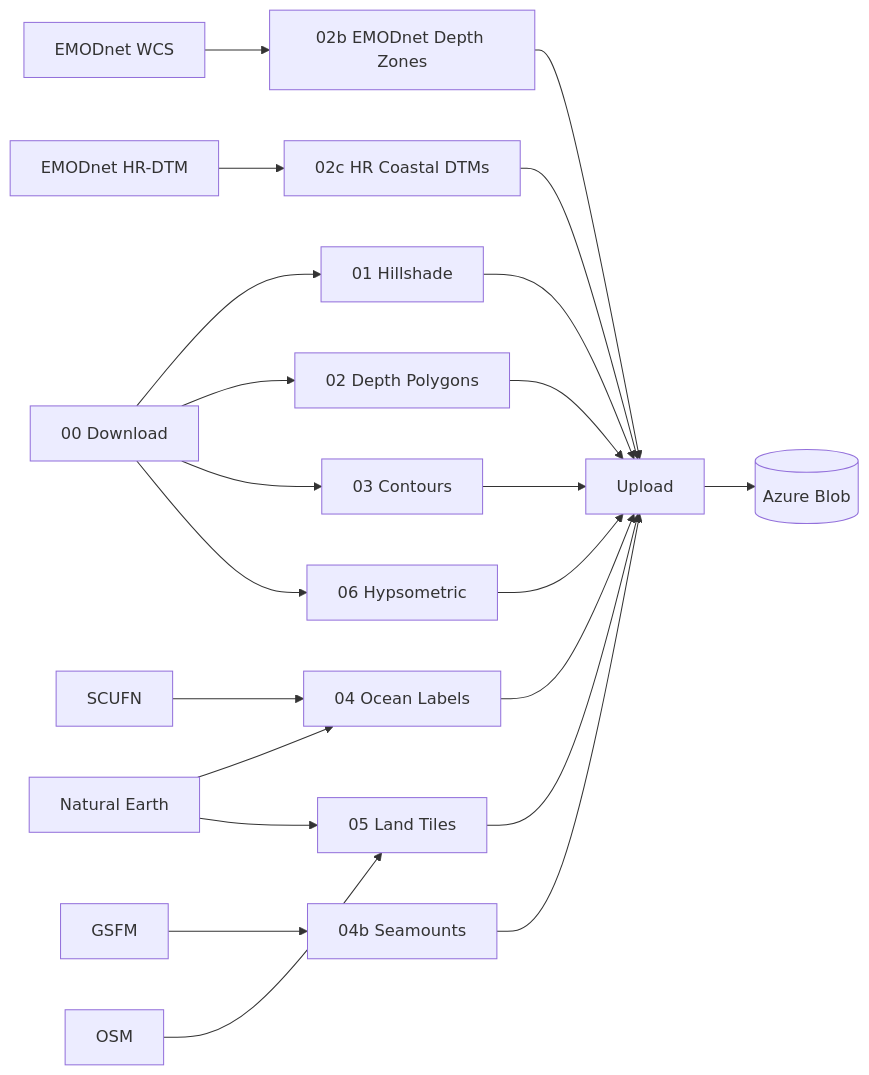
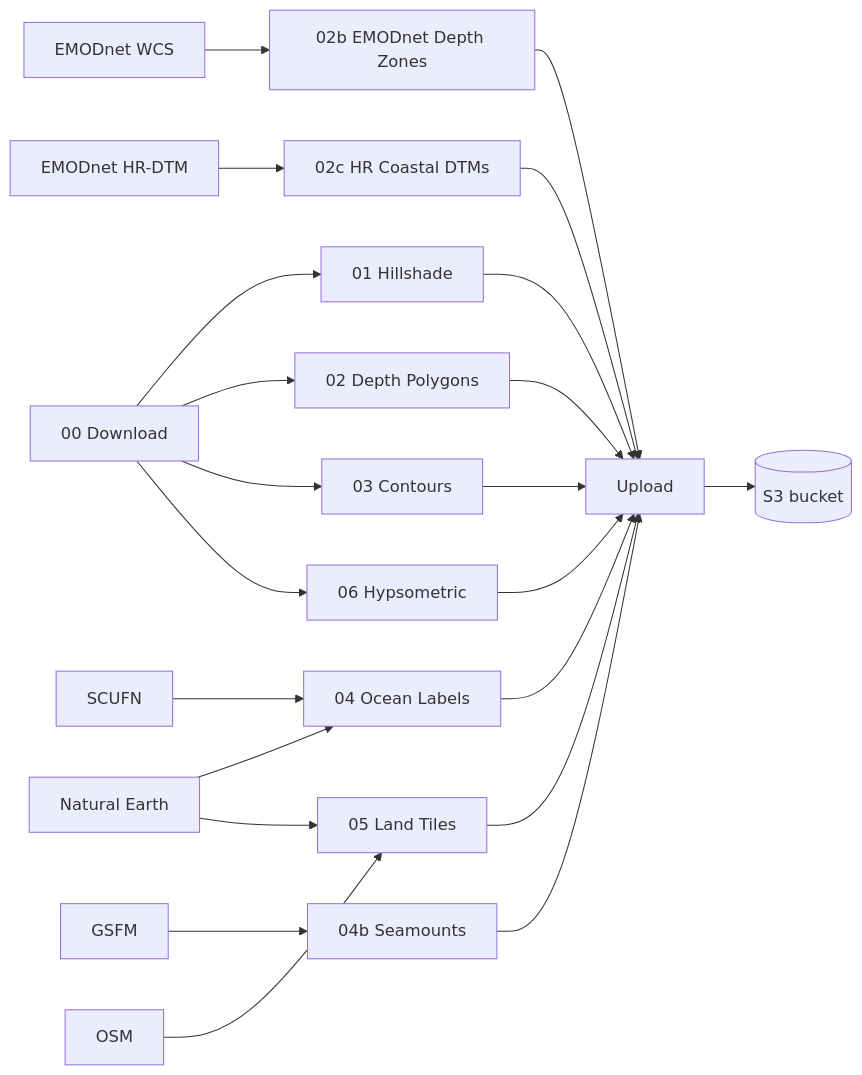
The diagram in docs/pipeline/index.md (OceanStreamIO/ocean-basemap), drawn with Mermaid before and after one commit. The commit also changed other lines of this file and 16 other files, not shown here.

````diff
--- a/docs/pipeline/index.md
+++ b/docs/pipeline/index.md
@@ -49,16 +49,16 @@
 ```mermaid
 flowchart LR
     DL[00 Download] --> HS[01 Hillshade]
     DL --> DP[02 Depth Polygons]
     DL --> CT[03 Contours]
     DL --> HYP[06 Hypsometric]
     EMOD[EMODnet WCS] --> DPE[02b EMODnet Depth Zones]
     HRIX[EMODnet HR-DTM] --> DPH[02c HR Coastal DTMs]
     NE[Natural Earth] --> OL[04 Ocean Labels]
     NE --> LT[05 Land Tiles]
     SCUFN --> OL
     GSFM --> SM[04b Seamounts]
     OSM --> LT
     HS & DP & DPE & DPH & CT & OL & SM & LT & HYP --> UP[Upload]
-    UP --> Azure[(Azure Blob)]
+    UP --> S3[(S3 bucket)]
 ```
````
